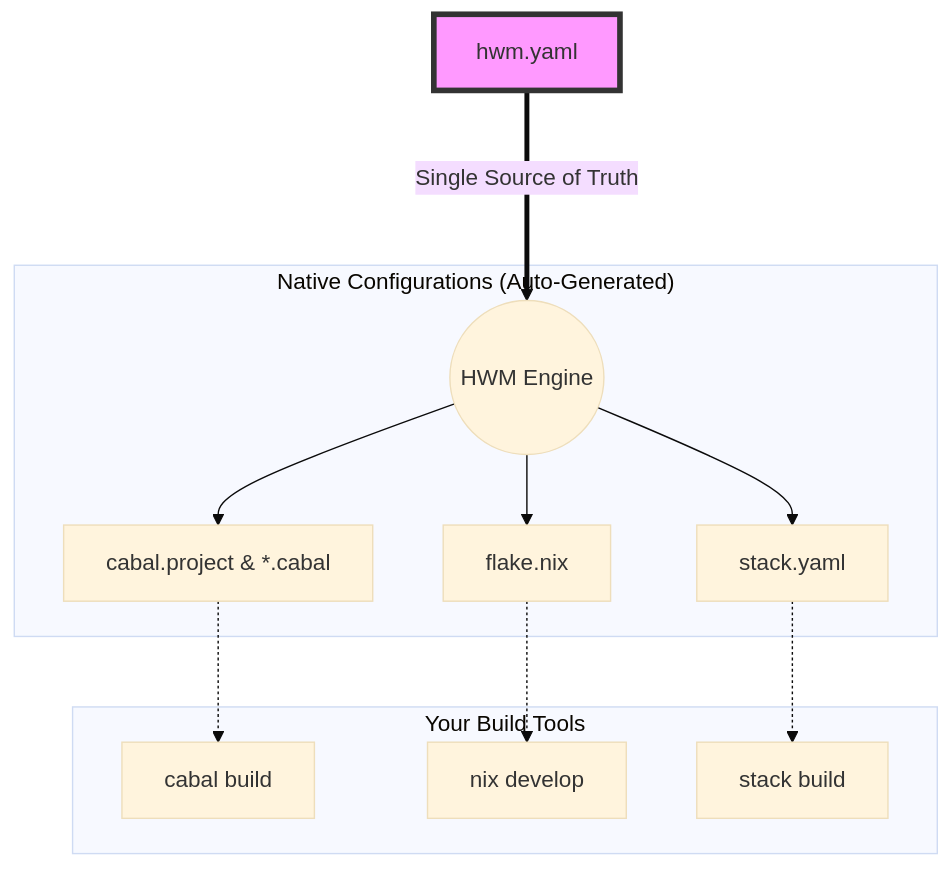
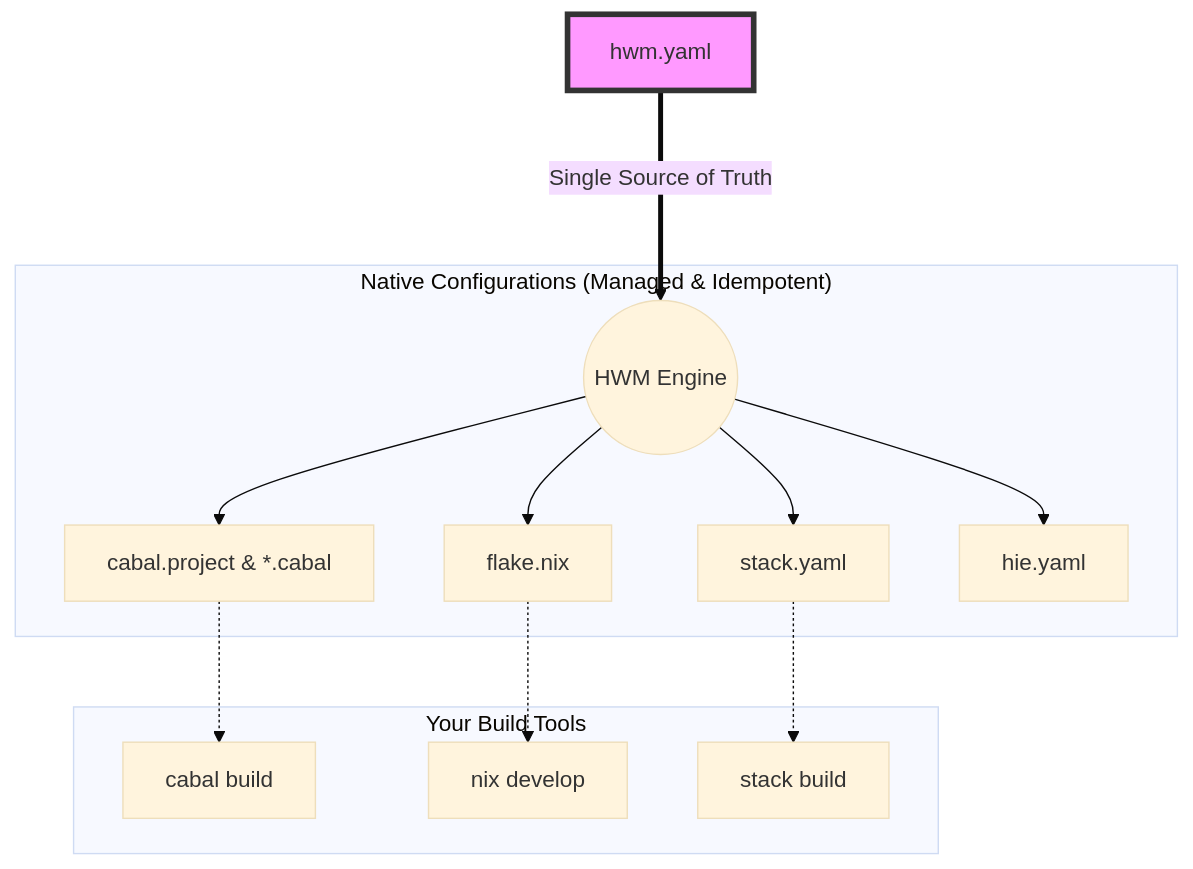
The diagram in README.md (nalchevanidze/hwm), drawn with Mermaid (base theme) before and after one commit. The commit also changed other lines of this file and 95 other files, not shown here.

````diff
--- a/README.md
+++ b/README.md
@@ -31,19 +25,20 @@
 ```mermaid
 graph TD
     HWM[hwm.yaml] ===>|Single Source of Truth| Engine((HWM Engine))
 
-    subgraph "Native Configurations (Auto-Generated)"
+    subgraph "Native Configurations (Managed & Idempotent)"
     Engine --> Cabal[cabal.project & *.cabal]
     Engine --> Nix[flake.nix]
     Engine --> Stack[stack.yaml]
+    Engine --> HLS[hie.yaml]
     end
 
     subgraph "Your Build Tools"
     Cabal -.-> RunCabal[cabal build]
     Nix -.-> RunNix[nix develop]
     Stack -.-> RunStack[stack build]
     end
 
     style HWM fill:#f9f,stroke:#333,stroke-width:4px
 
 ```
````
